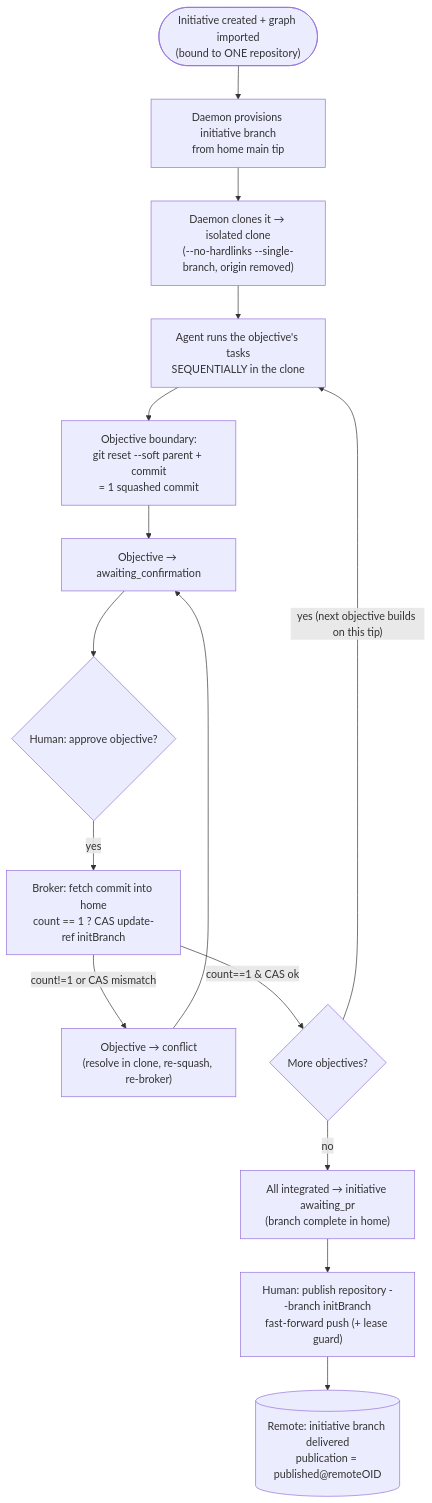
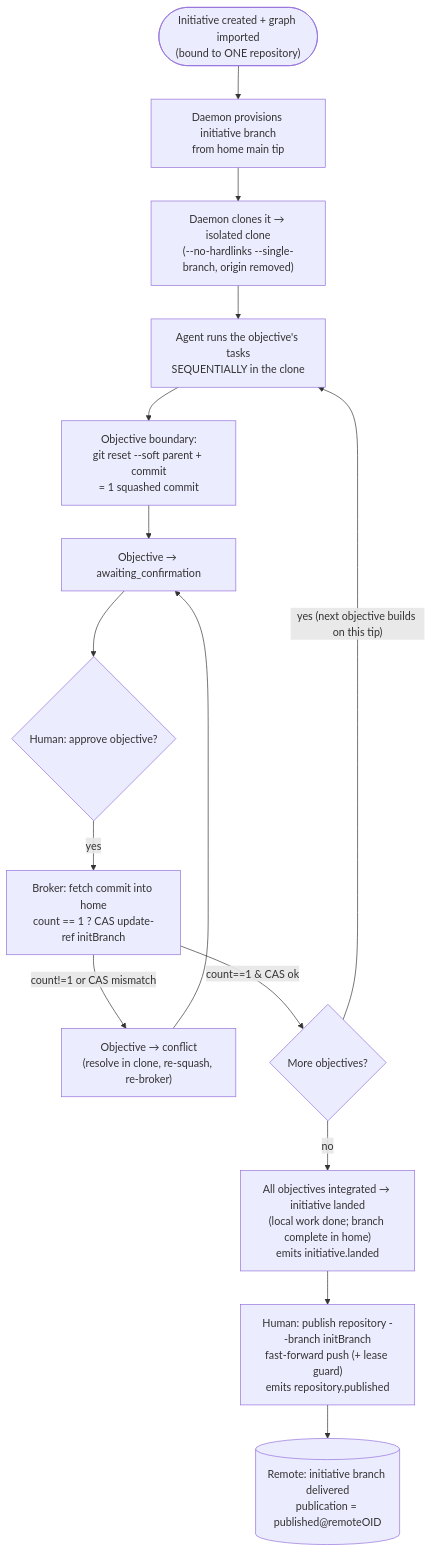
Before and after one commit to kanthorlabs/kanthord: the second of 11 diagrams in docs/git-workflow.md, drawn with Mermaid. The commit also changed other lines of this file and 5 other files, not shown here.

````diff
--- a/docs/git-workflow.md
+++ b/docs/git-workflow.md
@@ -87,24 +87,24 @@
 ```mermaid
 flowchart TB
     START(["Initiative created + graph imported<br/>(bound to ONE repository)"])
     PROV["Daemon provisions initiative branch<br/>from home main tip"]
     CLONE["Daemon clones it → isolated clone<br/>(--no-hardlinks --single-branch, origin removed)"]
     TASKS["Agent runs the objective's tasks<br/>SEQUENTIALLY in the clone"]
     SQUASH["Objective boundary:<br/>git reset --soft parent + commit<br/>= 1 squashed commit"]
     AWAIT["Objective → awaiting_confirmation"]
     APPROVE{"Human: approve objective?"}
     BROKER["Broker: fetch commit into home<br/>count == 1 ? CAS update-ref initBranch"]
     CONFLICT["Objective → conflict<br/>(resolve in clone, re-squash, re-broker)"]
     MORE{"More objectives?"}
-    PR["All integrated → initiative awaiting_pr<br/>(branch complete in home)"]
-    PUB["Human: publish repository --branch initBranch<br/>fast-forward push (+ lease guard)"]
+    LANDED["All objectives integrated → initiative landed<br/>(local work done; branch complete in home)<br/>emits initiative.landed"]
+    PUB["Human: publish repository --branch initBranch<br/>fast-forward push (+ lease guard)<br/>emits repository.published"]
     REMOTE[("Remote: initiative branch delivered<br/>publication = published@remoteOID")]
 
     START --> PROV --> CLONE --> TASKS --> SQUASH --> AWAIT --> APPROVE
     APPROVE -->|yes| BROKER
     BROKER -->|"count==1 & CAS ok"| MORE
     BROKER -->|"count!=1 or CAS mismatch"| CONFLICT
     CONFLICT --> AWAIT
     MORE -->|"yes (next objective builds on this tip)"| TASKS
-    MORE -->|no| PR --> PUB --> REMOTE
+    MORE -->|no| LANDED --> PUB --> REMOTE
 ```
````
